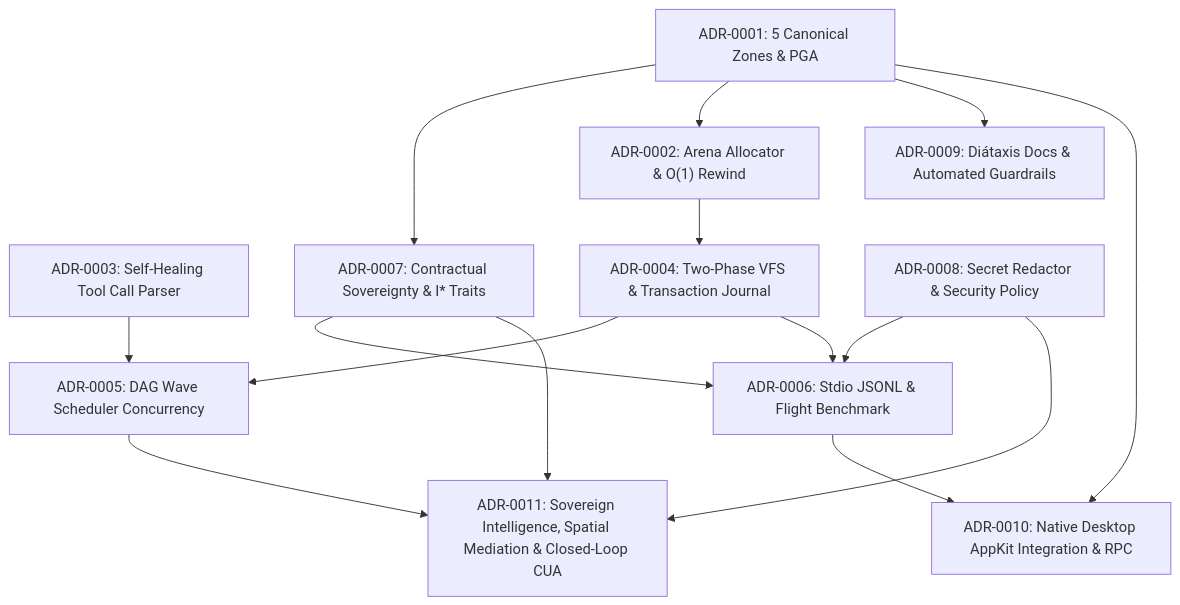
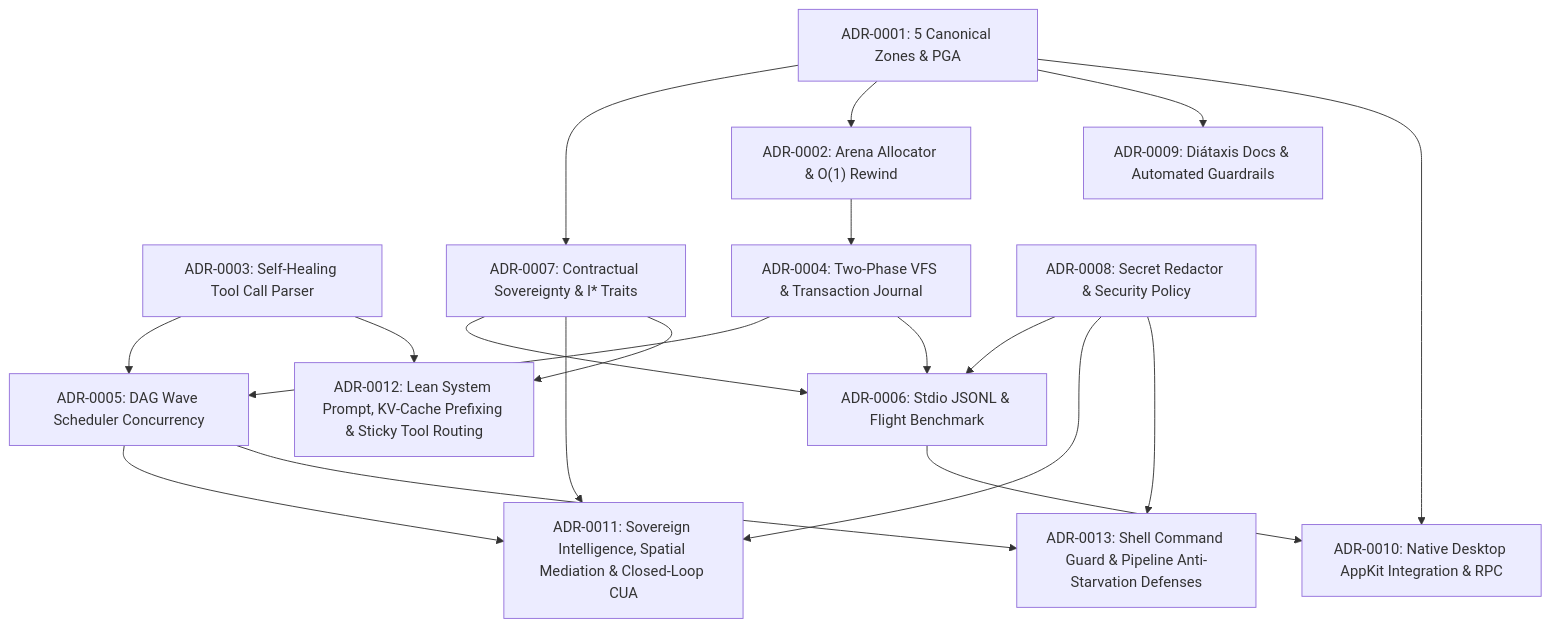
One commit to CardSorting/HEAV3NS-MICRO changed the diagram in docs/adr/README.md. Above: the diagram before and after it, drawn with Mermaid. The commit also changed other lines of this file and 24 other files, not shown here.

Commit message:
docs(architecture): complete documentation sync for Zenith pass (ADR-0012, ADR-0013, 70 modules, 66 Rust / 315 Swift tests, context HUD)

````diff
--- a/docs/adr/README.md
+++ b/docs/adr/README.md
@@ -23,29 +23,35 @@
 ```mermaid
 flowchart TD
   ADR1["ADR-0001: 5 Canonical Zones & PGA"]
   ADR2["ADR-0002: Arena Allocator & O(1) Rewind"]
   ADR3["ADR-0003: Self-Healing Tool Call Parser"]
   ADR4["ADR-0004: Two-Phase VFS & Transaction Journal"]
   ADR5["ADR-0005: DAG Wave Scheduler Concurrency"]
   ADR6["ADR-0006: Stdio JSONL & Flight Benchmark"]
   ADR7["ADR-0007: Contractual Sovereignty & I* Traits"]
   ADR8["ADR-0008: Secret Redactor & Security Policy"]
   ADR9["ADR-0009: Diátaxis Docs & Automated Guardrails"]
   ADR10["ADR-0010: Native Desktop AppKit Integration & RPC"]
   ADR11["ADR-0011: Sovereign Intelligence, Spatial Mediation & Closed-Loop CUA"]
+  ADR12["ADR-0012: Lean System Prompt, KV-Cache Prefixing & Sticky Tool Routing"]
+  ADR13["ADR-0013: Shell Command Guard & Pipeline Anti-Starvation Defenses"]
 
   ADR1 --> ADR7
   ADR1 --> ADR2
   ADR2 --> ADR4
   ADR3 --> ADR5
   ADR4 --> ADR5
   ADR4 --> ADR6
   ADR7 --> ADR6
   ADR8 --> ADR6
   ADR1 --> ADR9
   ADR6 --> ADR10
   ADR1 --> ADR10
   ADR5 --> ADR11
   ADR7 --> ADR11
   ADR8 --> ADR11
+  ADR3 --> ADR12
+  ADR7 --> ADR12
+  ADR8 --> ADR13
+  ADR5 --> ADR13
 ```
````
